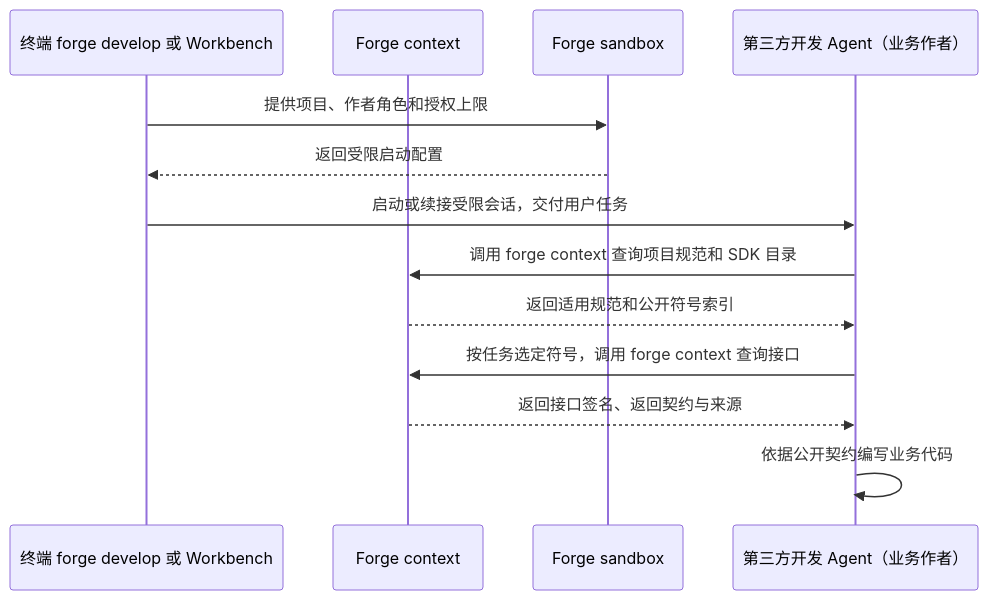
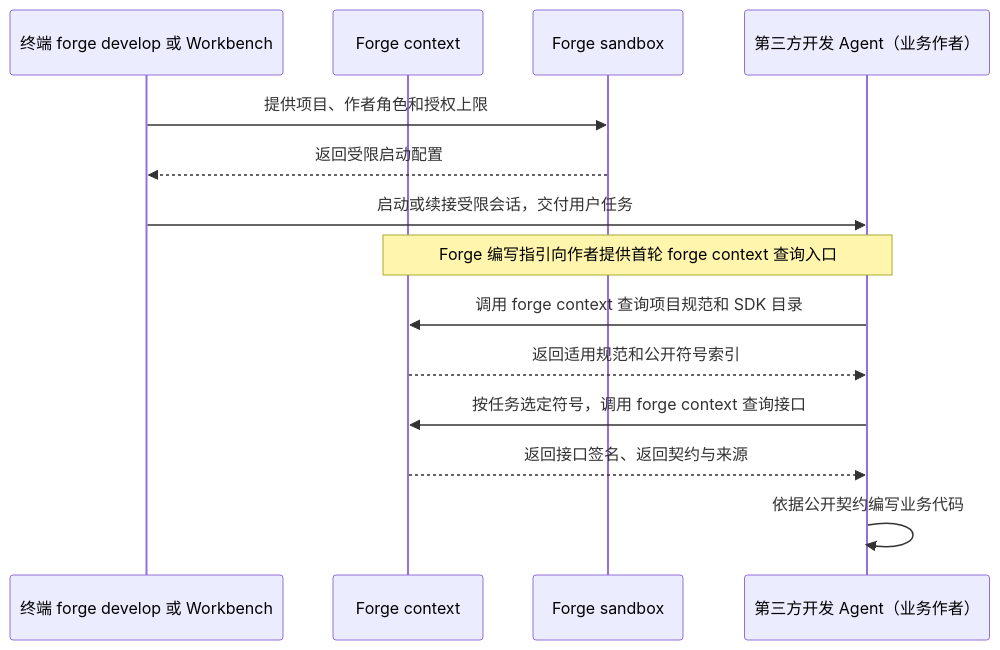
The third of 14 diagrams in docs/demiflow-architecture.md (vincent9299/demiflow), drawn with Mermaid before and after one commit. The commit also changed other lines of this file, not shown here.

Commit message:
Deliver the Forge receipt to the caller and show SDK discovery

````diff
--- a/docs/demiflow-architecture.md
+++ b/docs/demiflow-architecture.md
@@ -138,15 +140,16 @@
 ```mermaid
 sequenceDiagram
     participant H as 终端 forge develop 或 Workbench
     participant C as Forge context
     participant S as Forge sandbox
     participant A as 第三方开发 Agent（业务作者）
     H->>S: 提供项目、作者角色和授权上限
     S-->>H: 返回受限启动配置
     H->>A: 启动或续接受限会话，交付用户任务
+    Note over C,A: Forge 编写指引向作者提供首轮 forge context 查询入口
     A->>C: 调用 forge context 查询项目规范和 SDK 目录
     C-->>A: 返回适用规范和公开符号索引
     A->>C: 按任务选定符号，调用 forge context 查询接口
     C-->>A: 返回接口签名、返回契约与来源
     A->>A: 依据公开契约编写业务代码
 ```
````
